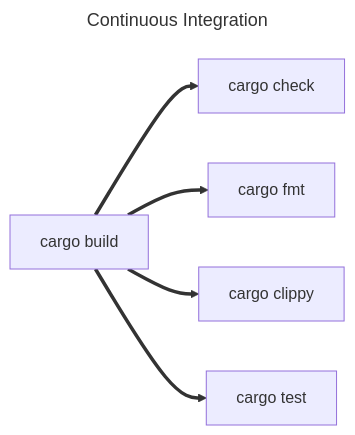
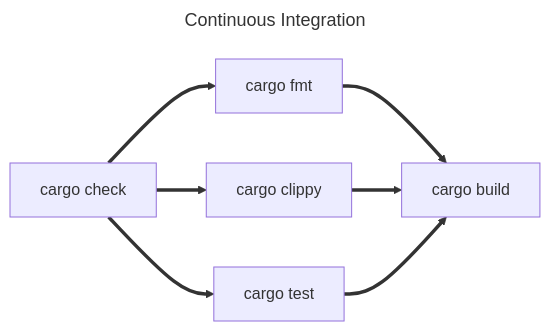
Before and after one commit to Rust-Simply/idiomatic-rust-in-simple-steps: the first of 2 diagrams in src/language-basics/clippy-and-fmt.md, drawn with Mermaid. The commit also changed other lines of this file, not shown here.

Commit message:
write up clippy and cargo check

````diff
--- a/src/language-basics/clippy-and-fmt.md
+++ b/src/language-basics/clippy-and-fmt.md
@@ -117,10 +190,13 @@
 ```mermaid
 ---
 title: Continuous Integration
 ---
 graph LR;
-    build["cargo build"]  ==> check["cargo check"]
-    build["cargo build"]  ==> fmt["cargo fmt"]
-    build["cargo build"]  ==> clippy["cargo clippy"]
-    build["cargo build"]  ==> test["cargo test"]
+    check["cargo check"]  ==> fmt["cargo fmt"]
+    check["cargo check"]  ==> clippy["cargo clippy"]
+    check["cargo check"]  ==> test["cargo test"]
+    
+    fmt ==> build["cargo build"]
+    clippy ==> build
+    test ==> build
 ```
````
